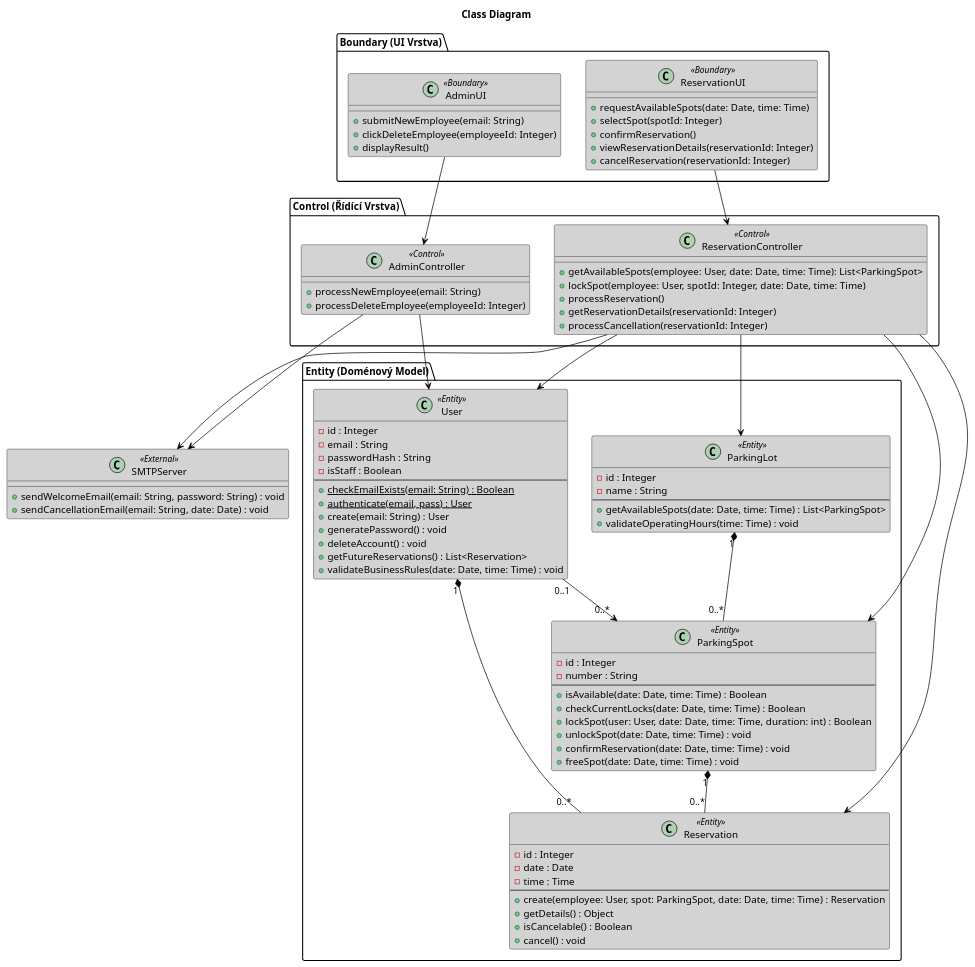
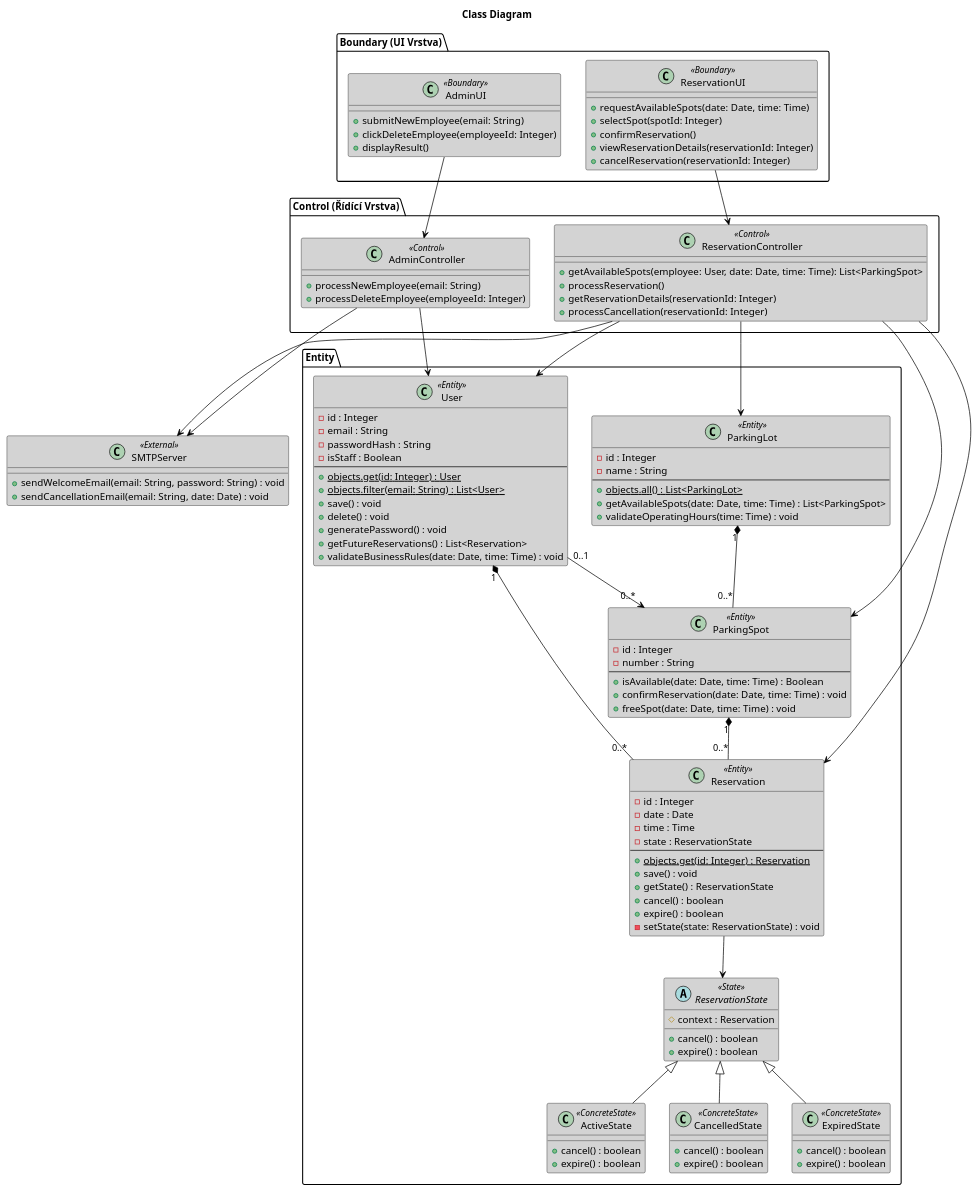
The diagram in docs/diagramy/class.puml (AidenCze/SWI-Project), drawn with PlantUML before and after one commit. The commit also changed 2 other files, not shown here.

Commit message:
Add class and state diagrams for reservation management

```diff
--- a/docs/diagramy/class.puml
+++ b/docs/diagramy/class.puml
@@ -1,114 +1,143 @@
 @startuml
 title Class Diagram
 
 skinparam class {
     BackgroundColor LightGray
     ArrowColor Black
     BorderColor Black
 }
 
 hide empty methods
 
 package "Boundary (UI Vrstva)" {
     class "AdminUI" as AdminUI <<Boundary>> {
         + submitNewEmployee(email: String)
         + clickDeleteEmployee(employeeId: Integer)
         + displayResult()
     }
     
     class "ReservationUI" as ResUI <<Boundary>> {
         + requestAvailableSpots(date: Date, time: Time)
         + selectSpot(spotId: Integer)
         + confirmReservation()
         + viewReservationDetails(reservationId: Integer)
         + cancelReservation(reservationId: Integer)
     }
 }
 
 package "Control (Řídící Vrstva)" {
     class "AdminController" as AdminCtrl <<Control>> {
         + processNewEmployee(email: String)
         + processDeleteEmployee(employeeId: Integer)
     }
     
     class "ReservationController" as ResCtrl <<Control>> {
         + getAvailableSpots(employee: User, date: Date, time: Time): List<ParkingSpot>
-        + lockSpot(employee: User, spotId: Integer, date: Date, time: Time)
         + processReservation()
         + getReservationDetails(reservationId: Integer)
         + processCancellation(reservationId: Integer)
     }
 }
 
-package "Entity (Doménový Model)" {
+package "Entity" {
     class "User" as User <<Entity>> {
         - id : Integer
         - email : String
         - passwordHash : String
         - isStaff : Boolean
         ---
-        + {static} checkEmailExists(email: String) : Boolean
-        + {static} authenticate(email, pass) : User
-        + create(email: String) : User
+        + {static} objects.get(id: Integer) : User
+        + {static} objects.filter(email: String) : List<User>
+        + save() : void
+        + delete() : void
         + generatePassword() : void
-        + deleteAccount() : void
         + getFutureReservations() : List<Reservation>
         + validateBusinessRules(date: Date, time: Time) : void
     }
 
     class "ParkingLot" as Lot <<Entity>> {
         - id : Integer
         - name : String
         ---
+        + {static} objects.all() : List<ParkingLot>
         + getAvailableSpots(date: Date, time: Time) : List<ParkingSpot>
         + validateOperatingHours(time: Time) : void
     }
 
     class "ParkingSpot" as Spot <<Entity>> {
         - id : Integer
         - number : String
         ---
         + isAvailable(date: Date, time: Time) : Boolean
-        + checkCurrentLocks(date: Date, time: Time) : Boolean
-        + lockSpot(user: User, date: Date, time: Time, duration: int) : Boolean
-        + unlockSpot(date: Date, time: Time) : void
         + confirmReservation(date: Date, time: Time) : void
         + freeSpot(date: Date, time: Time) : void
     }
 
     class "Reservation" as Res <<Entity>> {
         - id : Integer
         - date : Date
         - time : Time
+        - state : ReservationState
         ---
-        + create(employee: User, spot: ParkingSpot, date: Date, time: Time) : Reservation
-        + getDetails() : Object
-        + isCancelable() : Boolean
-        + cancel() : void
+        + {static} objects.get(id: Integer) : Reservation
+        + save() : void
+        + getState() : ReservationState
+        + cancel() : boolean
+        + expire() : boolean
+        - setState(state: ReservationState) : void
+    }
+
+    abstract class "ReservationState" as State <<State>> {
+        # context : Reservation
+        + cancel() : boolean
+        + expire() : boolean
+    }
+
+    class "ActiveState" as StateActive <<ConcreteState>> {
+        + cancel() : boolean
+        + expire() : boolean
+    }
+
+    class "CancelledState" as StateCancelled <<ConcreteState>> {
+        + cancel() : boolean
+        + expire() : boolean
+    }
+
+    class "ExpiredState" as StateExpired <<ConcreteState>> {
+        + cancel() : boolean
+        + expire() : boolean
     }
 }
 
 class "SMTPServer" as SMTP <<External>> {
     + sendWelcomeEmail(email: String, password: String) : void
     + sendCancellationEmail(email: String, date: Date) : void
 }
 
-' Propojení architektonických vrstev
+' Propojení UI a Control
 AdminUI --> AdminCtrl
 ResUI --> ResCtrl
 
+' Propojení Control a Active Record Entit (Controller volá ORM)
 AdminCtrl --> User
-AdminCtrl --> SMTP
-
 ResCtrl --> Lot
 ResCtrl --> Spot
 ResCtrl --> Res
 ResCtrl --> User
+
+' Propojení Control a External
+AdminCtrl --> SMTP
 ResCtrl --> SMTP
+
+' Vztahy vzoru State
+Res --> State
+State <|-- StateActive
+State <|-- StateCancelled
+State <|-- StateExpired
 
 ' Datové a doménové vztahy (s UML notací kompozice)
 Lot "1" *-- "0..*" Spot
 User "1" *-- "0..*" Res
 Spot "1" *-- "0..*" Res
 User "0..1" --> "0..*" Spot
 @enduml
```
